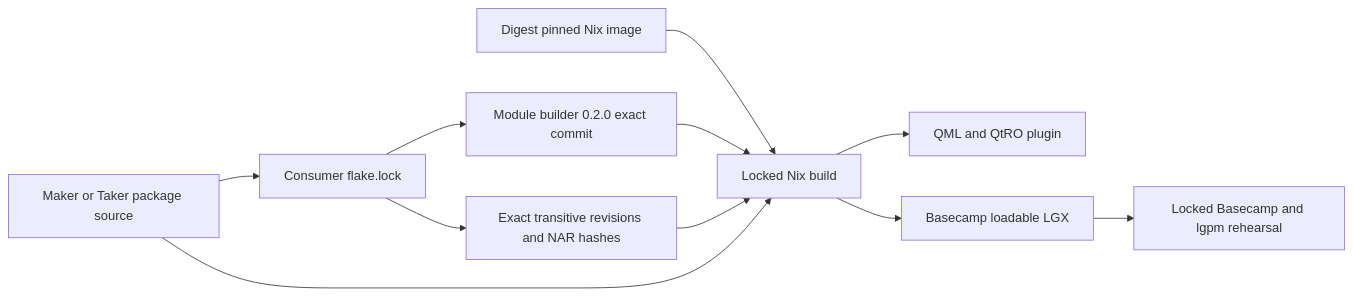
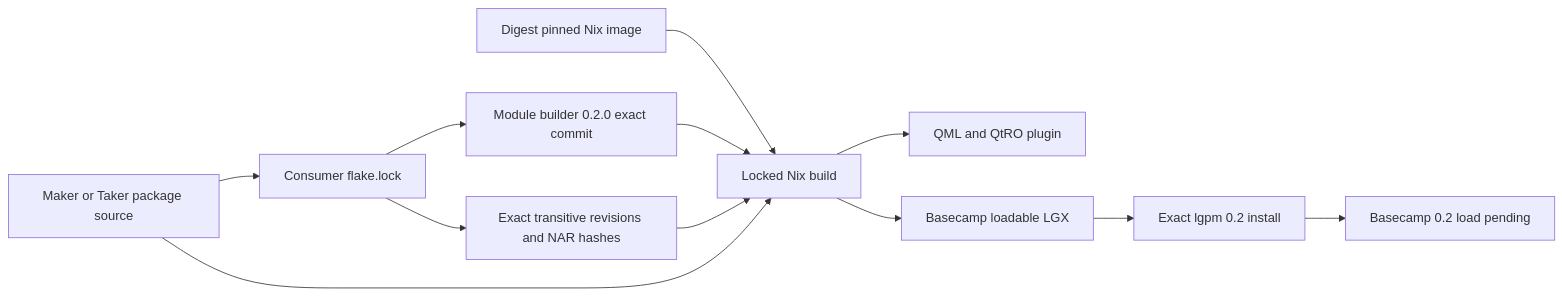
One commit to gateway-fm/lez-atomic-swaps changed the first of 2 diagrams in docs/architecture/0146-pin-basecamp-builds-behind-consumer-locks.md. Above: the diagram before and after it, drawn with Mermaid. The commit also changed other lines of this file and 9 other files, not shown here.

````diff
--- a/docs/architecture/0146-pin-basecamp-builds-behind-consumer-locks.md
+++ b/docs/architecture/0146-pin-basecamp-builds-behind-consumer-locks.md
@@ -36,13 +55,14 @@
 ```mermaid
 flowchart LR
     Source["Maker or Taker package source"] --> Lock["Consumer flake.lock"]
     Lock --> Builder["Module builder 0.2.0 exact commit"]
     Lock --> Dependencies["Exact transitive revisions and NAR hashes"]
     Image["Digest pinned Nix image"] --> Build["Locked Nix build"]
     Builder --> Build
     Dependencies --> Build
     Source --> Build
     Build --> Plugin["QML and QtRO plugin"]
     Build --> LGX["Basecamp loadable LGX"]
-    LGX --> Loader["Locked Basecamp and lgpm rehearsal"]
+    LGX --> Install["Exact lgpm 0.2 install"]
+    Install --> Loader["Basecamp 0.2 load pending"]
 ```
````
